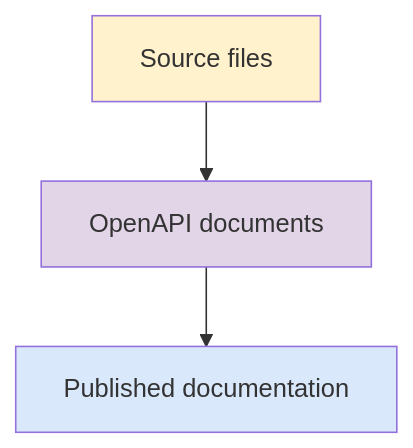
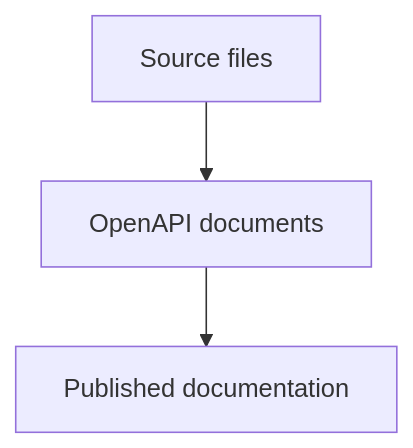
The first of 2 diagrams in contribute-docs/api-docs/overview.md (mdbirnstiehl/docs-content), drawn with Mermaid before and after one commit. The commit also changed other lines of this file, not shown here.

First line of the commit message:
Migrate Mermaid styles to semantic classes (#7501)

````diff
--- a/contribute-docs/api-docs/overview.md
+++ b/contribute-docs/api-docs/overview.md
@@ -37,9 +37,9 @@
 ```mermaid 
 flowchart TD
     A[Source files] --> B[OpenAPI documents]
     B --> C[Published documentation]
-    
-    style A fill:#fff2cc
-    style B fill:#e1d5e7
-    style C fill:#dae8fc
+
+    class A warning
+    class B important
+    class C note
 ```
````
